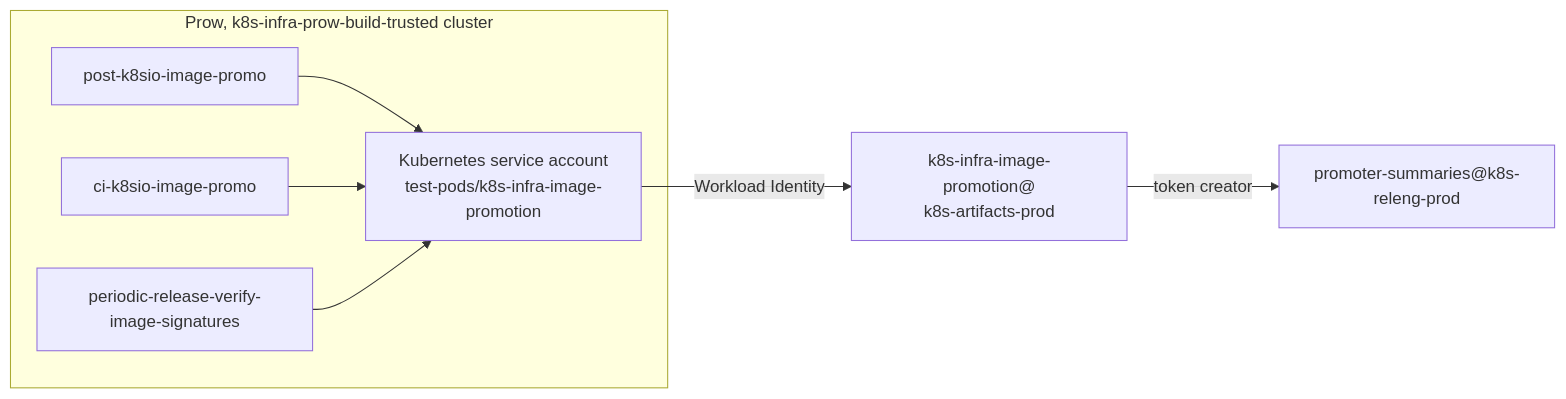
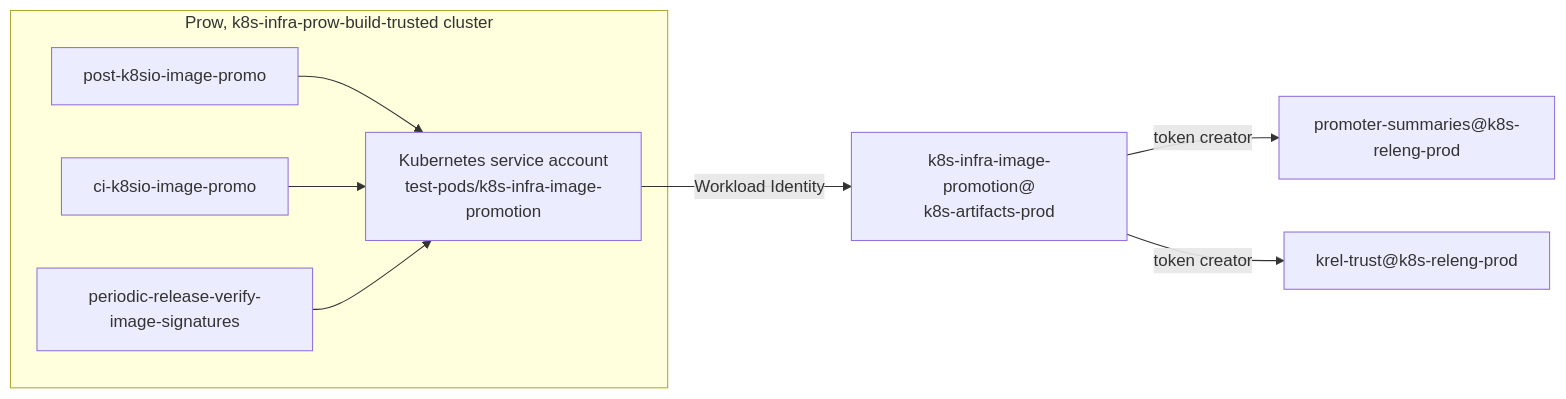
The third of 3 diagrams in docs/verification-summaries.md (kubernetes-sigs/promo-tools), drawn with Mermaid before and after one commit. The commit also changed other lines of this file and 1 other file, not shown here.

First line of the commit message:
Document that only the promotion account signs as krel-trust

````diff
--- a/docs/verification-summaries.md
+++ b/docs/verification-summaries.md
@@ -248,17 +250,19 @@
 ```mermaid
 flowchart LR
     subgraph prow["Prow, k8s-infra-prow-build-trusted cluster"]
         post["post-k8sio-image-promo"]
         ci["ci-k8sio-image-promo"]
         check["periodic-release-verify-image-signatures"]
         ksa["Kubernetes service account<br/>test-pods/k8s-infra-image-promotion"]
     end
     gsa["k8s-infra-image-promotion@<br/>k8s-artifacts-prod"]
     summaries["promoter-summaries@k8s-releng-prod"]
+    krel["krel-trust@k8s-releng-prod"]
 
     post --> ksa
     ci --> ksa
     check --> ksa
     ksa -- "Workload Identity" --> gsa
     gsa -- "token creator" --> summaries
+    gsa -- "token creator" --> krel
 ```
````
